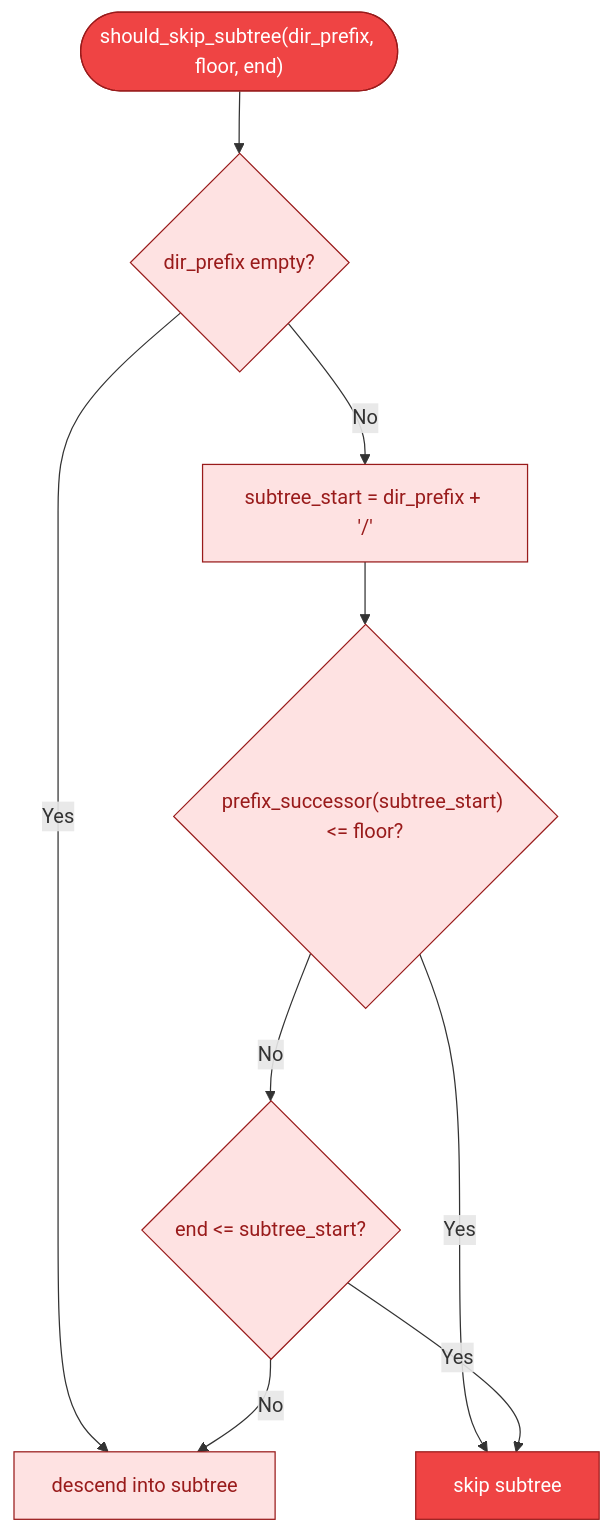
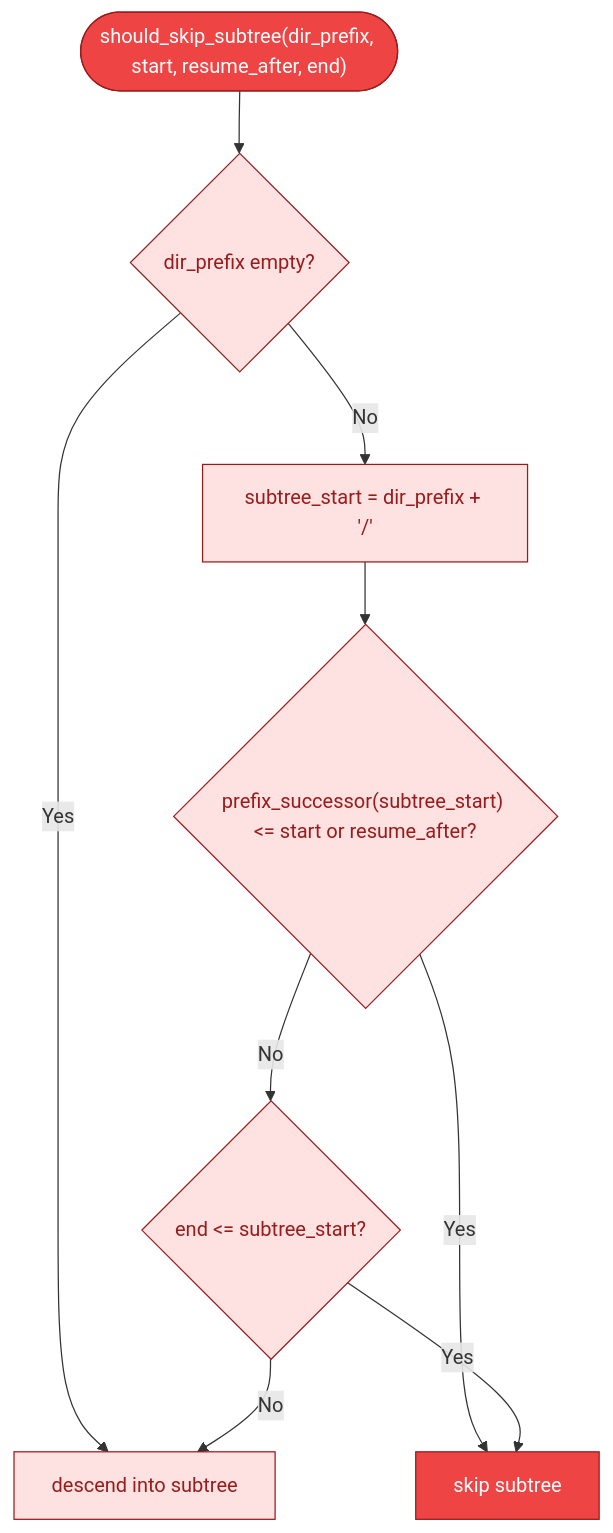
Before and after one commit to ahrav/Gossip-rs: the third of 5 diagrams in diagrams/17-filesystem-walk-state-machine.md, drawn with Mermaid. The commit also changed other lines of this file, not shown here.

Commit message:
docs: audit drift fixes [batch-83]
Auto-fix file inventories, type counts, identifier renames, and
cross-references for batch-83 boundary docs.

````diff
--- a/diagrams/17-filesystem-walk-state-machine.md
+++ b/diagrams/17-filesystem-walk-state-machine.md
@@ -124,27 +124,27 @@
 ```mermaid
 %% Diagram: subtree-pruning-logic
 flowchart TD
-    START(["should_skip_subtree(dir_prefix, floor, end)"])
+    START(["should_skip_subtree(dir_prefix, start, resume_after, end)"])
     EMPTY{"dir_prefix empty?"}
     SUBTREE["subtree_start = dir_prefix + '/'"]
-    BELOW{"prefix_successor(subtree_start) <= floor?"}
+    BELOW{"prefix_successor(subtree_start) <= start or resume_after?"}
     ABOVE{"end <= subtree_start?"}
     KEEP["descend into subtree"]
     SKIP["skip subtree"]
 
     START --> EMPTY
     EMPTY -->|"Yes"| KEEP
     EMPTY -->|"No"| SUBTREE --> BELOW
     BELOW -->|"Yes"| SKIP
     BELOW -->|"No"| ABOVE
     ABOVE -->|"Yes"| SKIP
     ABOVE -->|"No"| KEEP
 
     style START fill:#EF4444,stroke:#991B1B,color:#FFFFFF
     style EMPTY fill:#FEE2E2,stroke:#991B1B,color:#991B1B
     style SUBTREE fill:#FEE2E2,stroke:#991B1B,color:#991B1B
     style BELOW fill:#FEE2E2,stroke:#991B1B,color:#991B1B
     style ABOVE fill:#FEE2E2,stroke:#991B1B,color:#991B1B
     style KEEP fill:#FEE2E2,stroke:#991B1B,color:#991B1B
     style SKIP fill:#EF4444,stroke:#991B1B,color:#FFFFFF
 ```
````
